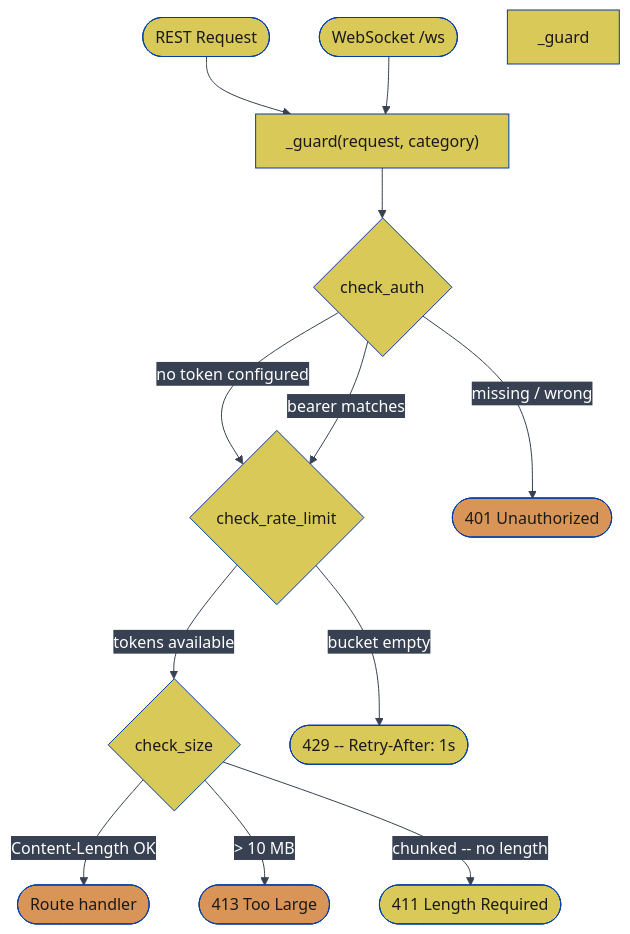
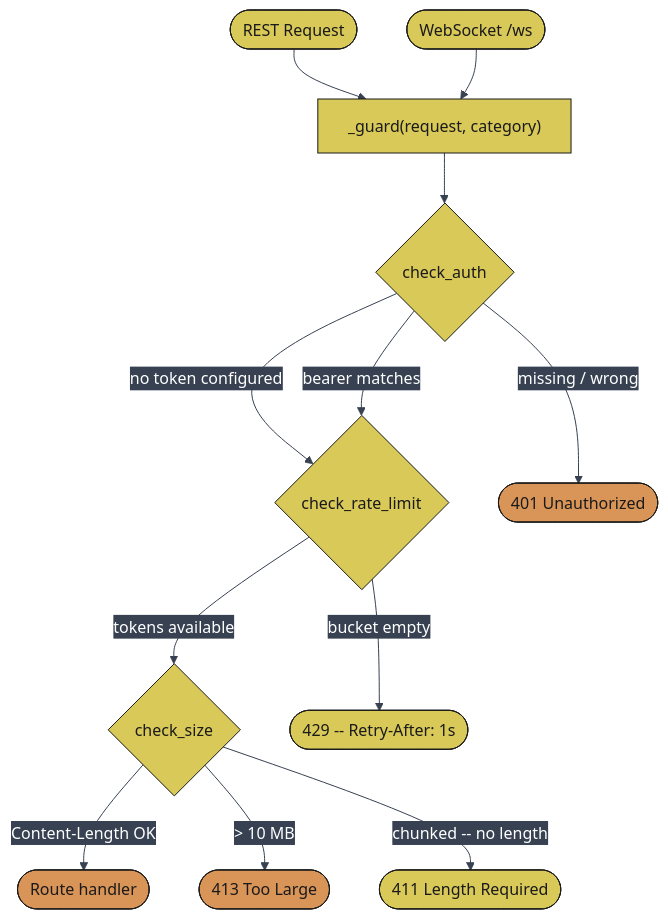
Before and after one commit to JosephOIbrahim/Comfy-Cozy: diagram 15 of 27 in README.md, drawn with Mermaid. The commit also changed other lines of this file, not shown here.

First line of the commit message:
[DOCS] Convert mermaid styling to classDef for reliable GitHub rendering

````diff
--- a/README.md
+++ b/README.md
@@ -805,28 +754,20 @@
 ```mermaid
 %%{init: {'theme':'base','themeVariables': {'primaryColor':'#0066FF','primaryTextColor':'#ffffff','primaryBorderColor':'#003eaa','lineColor':'#374151','secondaryColor':'#374151','tertiaryColor':'#1f2937','fontFamily':'monospace'}}}%%
 flowchart TD
     REST([REST Request]) --> Guard["_guard(request, category)"]
     WS([WebSocket /ws]) --> Guard
     Guard --> Auth{check_auth}
     Auth -->|"no token configured"| Rate{check_rate_limit}
     Auth -->|"bearer matches"| Rate
     Auth -->|"missing / wrong"| R401(["401 Unauthorized"])
     Rate -->|"tokens available"| Size{check_size}
     Rate -->|"bucket empty"| R429(["429 -- Retry-After: 1s"])
     Size -->|"Content-Length OK"| Handler(["Route handler"])
     Size -->|"> 10 MB"| R413(["413 Too Large"])
     Size -->|"chunked -- no length"| R411(["411 Length Required"])
 
-    style R401 fill:#d99458,color:#1a1a1a
-    style R429 fill:#d9c958,color:#1a1a1a
-    style R413 fill:#d99458,color:#1a1a1a
-    style R411 fill:#d9c958,color:#1a1a1a
-    style Handler fill:#d99458,color:#1a1a1a
-    style Guard fill:#d9c958,color:#1a1a1a
-    style REST fill:#d9c958,color:#1a1a1a
-    style _guard fill:#d9c958,color:#1a1a1a
-    style WS fill:#d9c958,color:#1a1a1a
-    style Auth fill:#d9c958,color:#1a1a1a
-    style Rate fill:#d9c958,color:#1a1a1a
-    style Size fill:#d9c958,color:#1a1a1a
+    classDef orange fill:#d99458,color:#1a1a1a,stroke:#1a1a1a
+    classDef yellow fill:#d9c958,color:#1a1a1a,stroke:#1a1a1a
+    class R401,R413,Handler orange
+    class R429,R411,Guard,REST,_guard,WS,Auth,Rate,Size yellow
 ```
````
